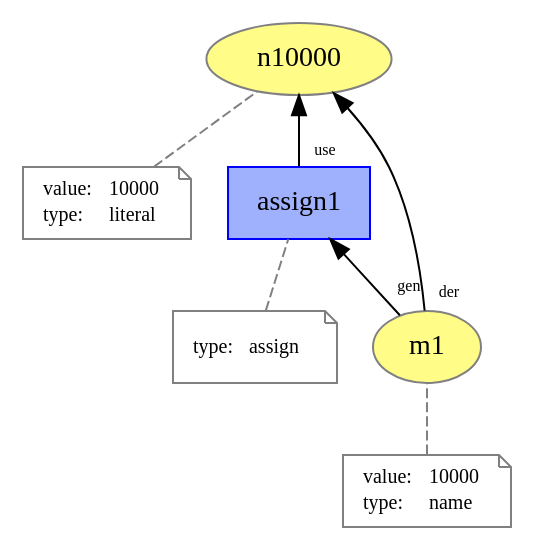
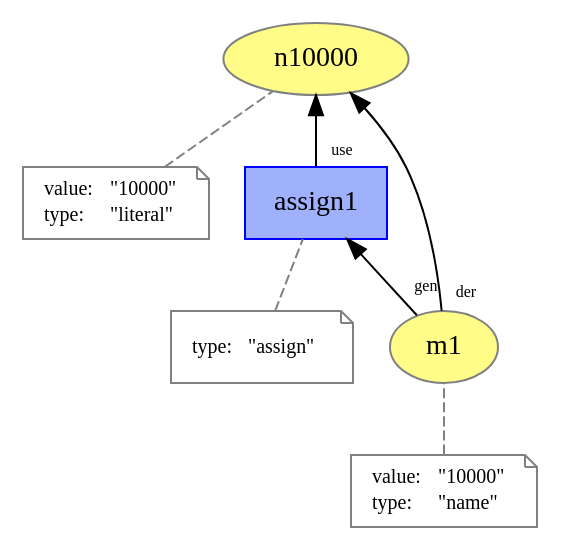
One commit to dew-uff/versioned-prov changed the diagram in plain_prov/assign.dot. Above: the diagram before and after it, drawn with Graphviz. The commit also changed 93 other files, not shown here.

```diff
--- a/plain_prov/assign.dot
+++ b/plain_prov/assign.dot
@@ -1,37 +1,37 @@
 digraph "PROV" { size="16,12"; rankdir="BT";
 "http://example.org/n10000" [fillcolor="#FFFC87",color="#808080",style="filled",label="n10000",URL="http://example.org/n10000"]
 "-attrs0" [color="gray",shape="note",fontsize="10",fontcolor="black",label=<<TABLE cellpadding="0" border="0">
 	<TR>
 	    <TD align="left">value:</TD>
-	    <TD align="left">10000</TD>
+	    <TD align="left">&quot;10000&quot;</TD>
 	</TR>
 	<TR>
 	    <TD align="left">type:</TD>
-	    <TD align="left">literal</TD>
+	    <TD align="left">&quot;literal&quot;</TD>
 	</TR>
 </TABLE>>]
 "-attrs0" -> "http://example.org/n10000" [color="gray",style="dashed",arrowhead="none"]
 "http://example.org/m1" [fillcolor="#FFFC87",color="#808080",style="filled",label="m1",URL="http://example.org/m1"]
 "-attrs1" [color="gray",shape="note",fontsize="10",fontcolor="black",label=<<TABLE cellpadding="0" border="0">
 	<TR>
 	    <TD align="left">value:</TD>
-	    <TD align="left">10000</TD>
+	    <TD align="left">&quot;10000&quot;</TD>
 	</TR>
 	<TR>
 	    <TD align="left">type:</TD>
-	    <TD align="left">name</TD>
+	    <TD align="left">&quot;name&quot;</TD>
 	</TR>
 </TABLE>>]
 "-attrs1" -> "http://example.org/m1" [color="gray",style="dashed",arrowhead="none"]
 "http://example.org/assign1" [fillcolor="#9FB1FC",color="#0000FF",shape="polygon",sides="4",style="filled",label="assign1",URL="http://example.org/assign1"]
 "-attrs2" [color="gray",shape="note",fontsize="10",fontcolor="black",label=<<TABLE cellpadding="0" border="0">
 	<TR>
 	    <TD align="left">type:</TD>
-	    <TD align="left">assign</TD>
+	    <TD align="left">&quot;assign&quot;</TD>
 	</TR>
 </TABLE>>]
 "-attrs2" -> "http://example.org/assign1" [color="gray",style="dashed",arrowhead="none"]
 "http://example.org/assign1" -> "http://example.org/n10000" [labelfontsize="8",labeldistance="1.5",labelangle="60.0",rotation="20",taillabel="use"]
 "http://example.org/m1" -> "http://example.org/assign1" [labelfontsize="8",labeldistance="1.5",labelangle="60.0",rotation="20",taillabel="gen"]
 "http://example.org/m1" -> "http://example.org/n10000" [labelfontsize="8",labeldistance="1.5",labelangle="60.0",rotation="20",taillabel="der"]
 }
```
